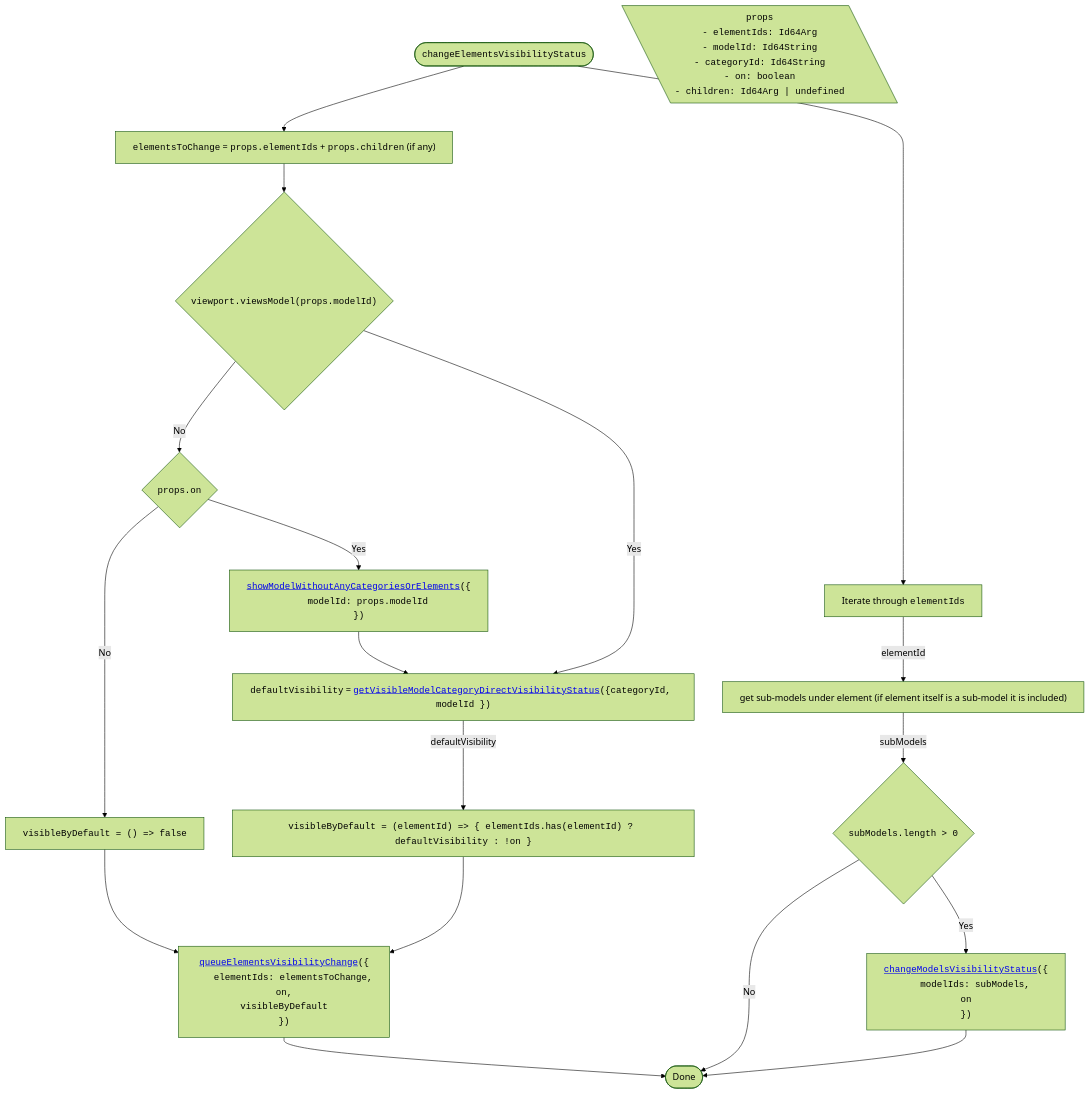
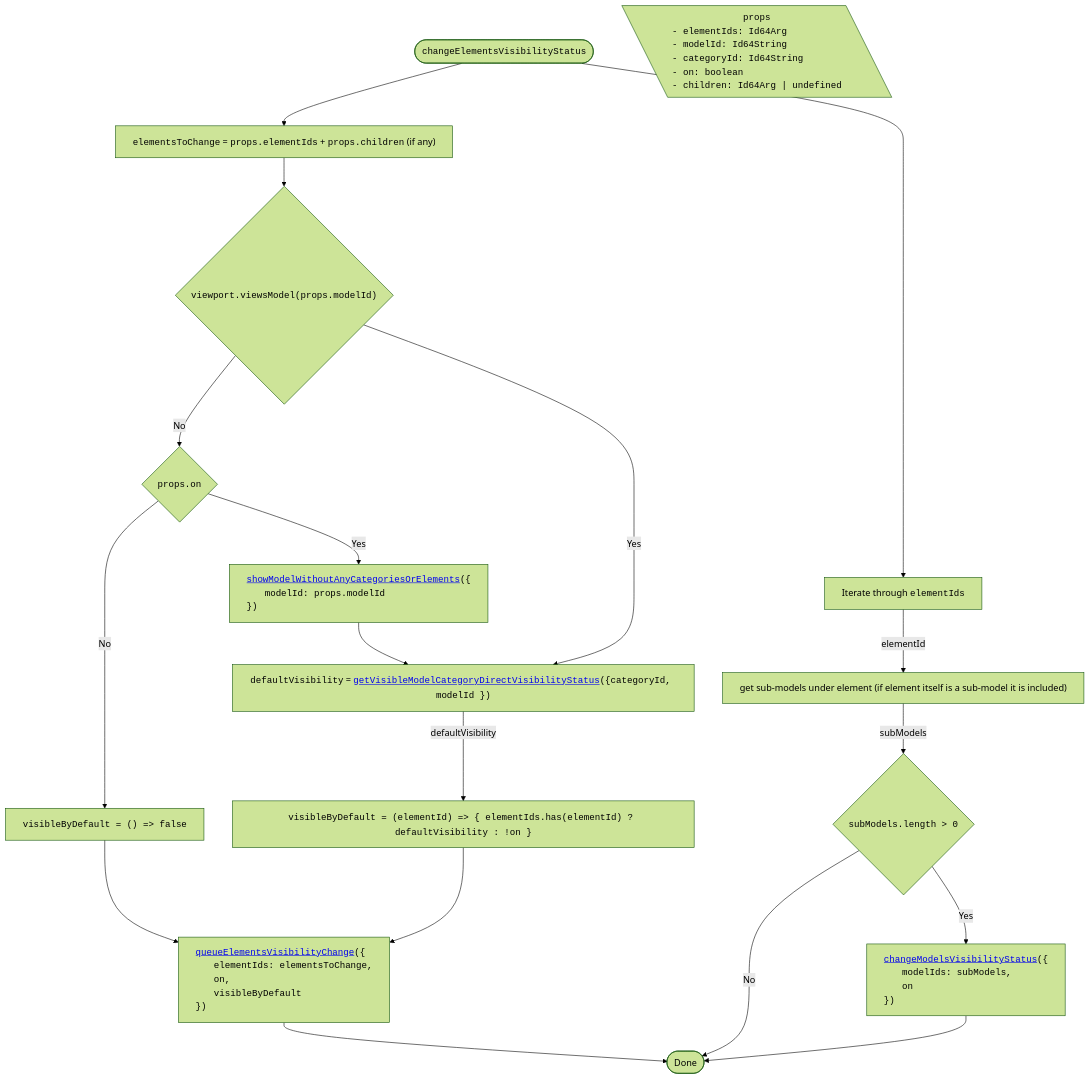
Before and after one commit to iTwin/viewer-components-react: diagram 11 of 14 in packages/itwin/tree-widget/docs/SharedVisibilityHandling.md, drawn with Mermaid (forest theme). The commit also changed other lines of this file and 3 other files, not shown here.

````diff
--- a/packages/itwin/tree-widget/docs/SharedVisibilityHandling.md
+++ b/packages/itwin/tree-widget/docs/SharedVisibilityHandling.md
@@ -707,52 +707,52 @@
 ```mermaid
 ---
 config:
   flowchart:
     wrappingWidth: 750
     useMaxWidth: false
 ---
 
 flowchart TD
   RESULT_Done([Done])
 
   %% Start
   TITLE(["<code>changeElementsVisibilityStatus</code>"]) --> A["<code>elementsToChange</code> = <code>props.elementIds</code> + <code>props.children</code> (if any)"]
 
   PROPS[\"
     <code>props</code>
-    <code style='text-align: left;'>- elementIds: Id64Arg<br/>- modelId: Id64String<br/>- categoryId: Id64String<br/>- on: boolean<br/>- children: Id64Arg | undefined</code>
+    <code style='display: block; text-align: left;'>- elementIds: Id64Arg<br/>- modelId: Id64String<br/>- categoryId: Id64String<br/>- on: boolean<br/>- children: Id64Arg | undefined</code>
   "\]
 
   A --> B{"<code>viewport.viewsModel(props.modelId)</code>"}
 
   %% Model not visible
   B -- No --> C{"<code>props.on</code>"}
   C -- No --> D["<code>visibleByDefault = () => false</code>"]
-  D --> H["<code style='text-align: left;'><a href='#queueelementsvisibilitychange'>queueElementsVisibilityChange</a>({
-    <code style='padding-left: 2rem'>elementIds: elementsToChange,
-    on,
-    visibleByDefault</code>
+  D --> H["<code style='display: block; text-align: left;'><a href='#queueelementsvisibilitychange'>queueElementsVisibilityChange</a>({
+    <code style='padding-left: 2rem'>elementIds: elementsToChange,</code>
+    <code style='padding-left: 2rem'>on,</code>
+    <code style='padding-left: 2rem'>visibleByDefault</code>
   })</code>"]
-  C -- Yes --> E["<code style='text-align: left;'><a href='#showmodelwithoutanycategoriesorelements'>showModelWithoutAnyCategoriesOrElements</a>({
+  C -- Yes --> E["<code style='display: block; text-align: left;'><a href='#showmodelwithoutanycategoriesorelements'>showModelWithoutAnyCategoriesOrElements</a>({
   <code style='padding-left: 2rem'>modelId: props.modelId</code>
   })</code>"]
   E --> F["<code>defaultVisibility</code> = <code><a href='#getvisiblemodelcategorydirectvisibilitystatus'>getVisibleModelCategoryDirectVisibilityStatus</a>({categoryId, modelId })</code>"]
   B -- Yes --> F
   F -- defaultVisibility --> G1["<code>visibleByDefault = (elementId) => { elementIds.has(elementId) ? defaultVisibility : !on }</code>"]
 
   G1 --> H
 
   %% Sub-models (runs concurrently)
   TITLE --> J["Iterate through <code>elementIds</code>"]
 
   J -- elementId --> K["get sub-models under element (if element itself is a sub-model it is included)"]
   K -- subModels --> L{"<code> subModels.length > 0 </code>"}
-  L -- Yes -->  L1["<code style='text-align: left;'><a href='#changemodelsvisibilitystatus'>changeModelsVisibilityStatus</a>({
-    <code style='padding-left: 2rem'>modelIds: subModels,
-    on</code>
+  L -- Yes -->  L1["<code style='display: block; text-align: left;'><a href='#changemodelsvisibilitystatus'>changeModelsVisibilityStatus</a>({
+    <code style='padding-left: 2rem'>modelIds: subModels,</code>
+    <code style='padding-left: 2rem'>on</code>
   })</code>"]
 
   H --> RESULT_Done
   L -- No --> RESULT_Done
   L1 --> RESULT_Done
 ```
````
